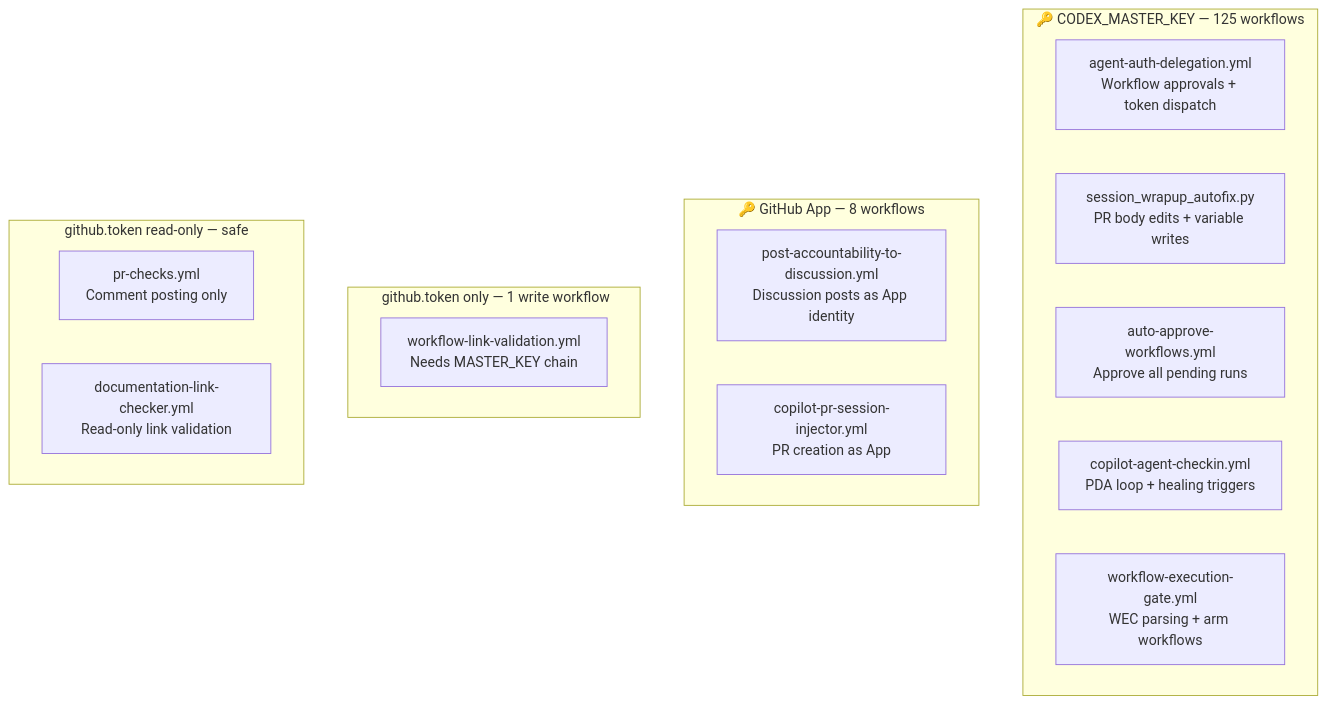
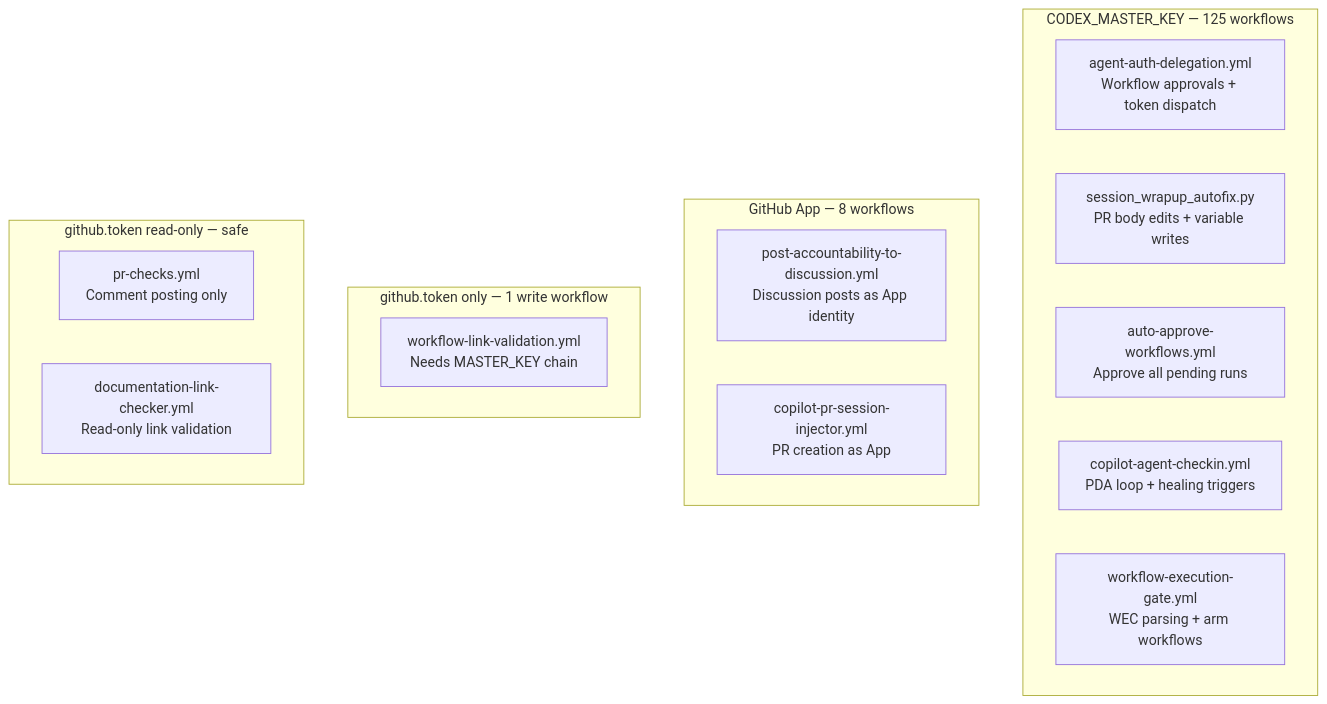
Before and after one commit to Aries-Serpent/_codex_: the first of 19 diagrams in docs/reference/ELEVATED_PRIVILEGES_TOKEN_REVIEW.md, drawn with Mermaid. The commit also changed other lines of this file and 4117 other files, not shown here.

````diff
--- a/docs/reference/ELEVATED_PRIVILEGES_TOKEN_REVIEW.md
+++ b/docs/reference/ELEVATED_PRIVILEGES_TOKEN_REVIEW.md
@@ -543,25 +543,26 @@
 ```mermaid
 %%{init: {'accessibility': {'title': 'Flowchart showing agent-auth-delegation.yml\nWorkflow approvals + token dispatch, session_wrapup_autofix.py\nPR body edits + variable writes'}}%%
+
 graph TD
-    subgraph "🔑 CODEX_MASTER_KEY — 125 workflows"
-        A[agent-auth-delegation.yml\nWorkflow approvals + token dispatch]
-        B[session_wrapup_autofix.py\nPR body edits + variable writes]
-        C[auto-approve-workflows.yml\nApprove all pending runs]
-        D[copilot-agent-checkin.yml\nPDA loop + healing triggers]
-        E[workflow-execution-gate.yml\nWEC parsing + arm workflows]
-    end
+ subgraph " CODEX_MASTER_KEY — 125 workflows"
+ A[agent-auth-delegation.yml\nWorkflow approvals + token dispatch]
+ B[session_wrapup_autofix.py\nPR body edits + variable writes]
+ C[auto-approve-workflows.yml\nApprove all pending runs]
+ D[copilot-agent-checkin.yml\nPDA loop + healing triggers]
+ E[workflow-execution-gate.yml\nWEC parsing + arm workflows]
+ end
 
-    subgraph "🔑 GitHub App — 8 workflows"
-        F[post-accountability-to-discussion.yml\nDiscussion posts as App identity]
-        G[copilot-pr-session-injector.yml\nPR creation as App]
-    end
+ subgraph " GitHub App — 8 workflows"
+ F[post-accountability-to-discussion.yml\nDiscussion posts as App identity]
+ G[copilot-pr-session-injector.yml\nPR creation as App]
+ end
 
-    subgraph "️ github.token only — 1 write workflow"
-        H[workflow-link-validation.yml\n Needs MASTER_KEY chain]
-    end
+ subgraph " github.token only — 1 write workflow"
+ H[workflow-link-validation.yml\n Needs MASTER_KEY chain]
+ end
 
-    subgraph " github.token read-only — safe"
-        I[pr-checks.yml\nComment posting only]
-        J[documentation-link-checker.yml\nRead-only link validation]
-    end
+ subgraph " github.token read-only — safe"
+ I[pr-checks.yml\nComment posting only]
+ J[documentation-link-checker.yml\nRead-only link validation]
+ end
 ```
````
